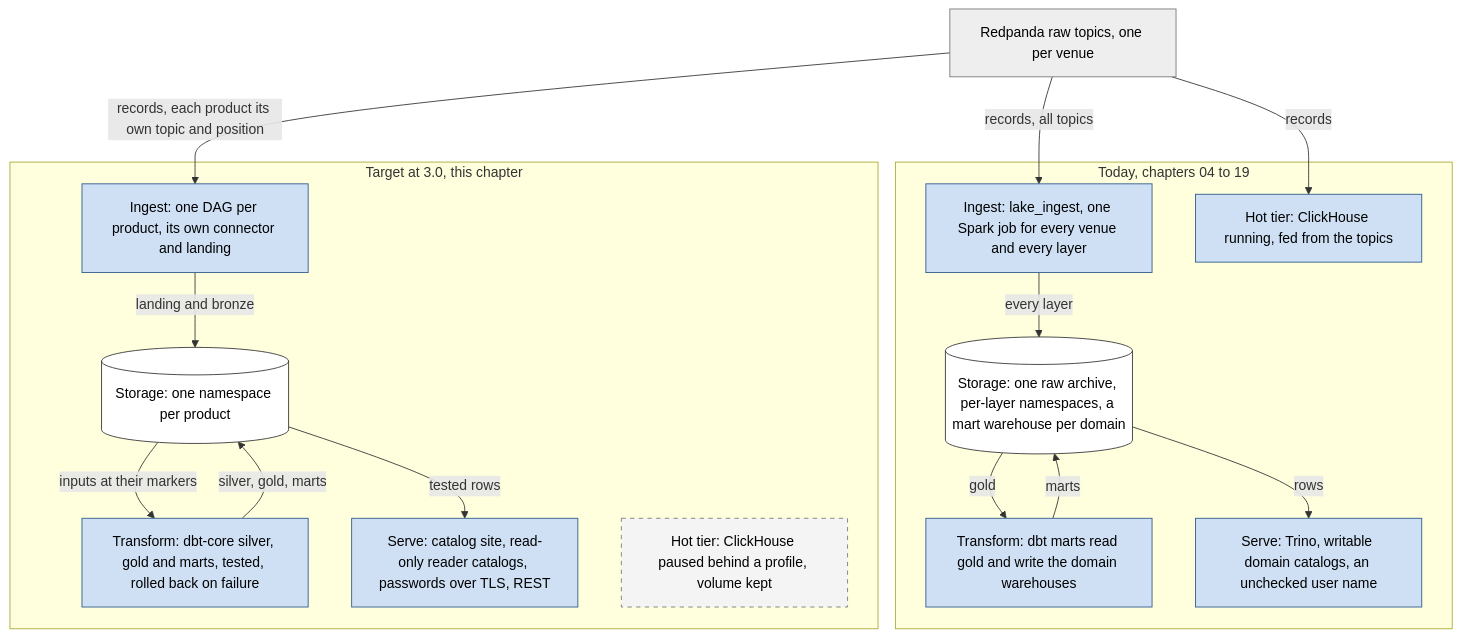
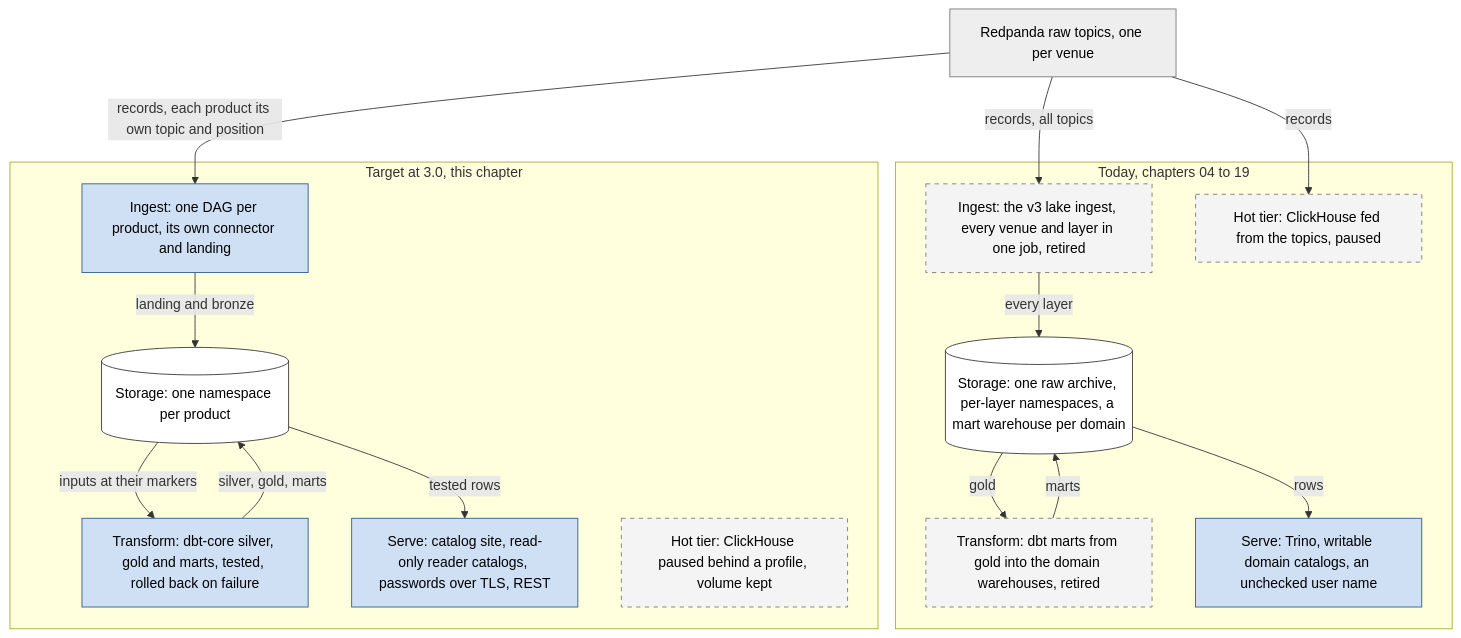
Diagram 11 of 13 in docs/architecture/20-target-data-product-platform.md (rjdscott/k2-market-data-platform), drawn with Mermaid before and after one commit. The commit also changed other lines of this file and 24 other files, not shown here.

First line of the commit message:
docs(architecture): the book after the v3 lake ingest retires (W6)

````diff
--- a/docs/architecture/20-target-data-product-platform.md
+++ b/docs/architecture/20-target-data-product-platform.md
@@ -561,28 +561,28 @@
 ```mermaid
 flowchart TB
   classDef run fill:#cfe0f5,stroke:#2b5a8a,color:#000
   classDef ext fill:#eeeeee,stroke:#777777,color:#000
   classDef store fill:#ffffff,stroke:#333333,color:#000
   classDef paused fill:#f4f4f4,stroke:#777777,stroke-dasharray: 5 5,color:#000
   TOP["Redpanda raw topics, one per venue"]:::ext
   subgraph TODAY["Today, chapters 04 to 19"]
-    T1["Ingest: lake_ingest, one Spark job for every venue and every layer"]:::run
+    T1["Ingest: the v3 lake ingest, every venue and layer in one job, retired"]:::paused
     T2[("Storage: one raw archive, per-layer namespaces, a mart warehouse per domain")]:::store
-    T3["Transform: dbt marts read gold and write the domain warehouses"]:::run
+    T3["Transform: dbt marts from gold into the domain warehouses, retired"]:::paused
     T4["Serve: Trino, writable domain catalogs, an unchecked user name"]:::run
-    T5["Hot tier: ClickHouse running, fed from the topics"]:::run
+    T5["Hot tier: ClickHouse fed from the topics, paused"]:::paused
   end
   subgraph TARGET["Target at 3.0, this chapter"]
     G1["Ingest: one DAG per product, its own connector and landing"]:::run
     G2[("Storage: one namespace per product")]:::store
     G3["Transform: dbt-core silver, gold and marts, tested, rolled back on failure"]:::run
     G4["Serve: catalog site, read-only reader catalogs, passwords over TLS, REST"]:::run
     G5["Hot tier: ClickHouse paused behind a profile, volume kept"]:::paused
   end
   TOP -->|"records, all topics"| T1 -->|"every layer"| T2 -->|"gold"| T3 -->|"marts"| T2
   T2 -->|"rows"| T4
   TOP -->|"records"| T5
   TOP -->|"records, each product its own topic and position"| G1 -->|"landing and bronze"| G2
   G2 -->|"inputs at their markers"| G3 -->|"silver, gold, marts"| G2
   G2 -->|"tested rows"| G4
 ```
````
